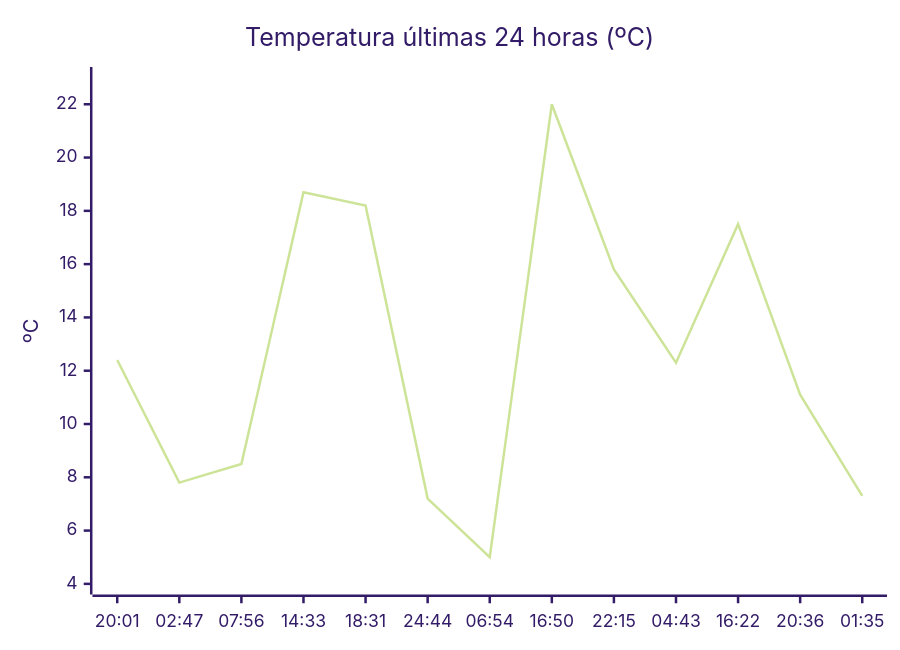
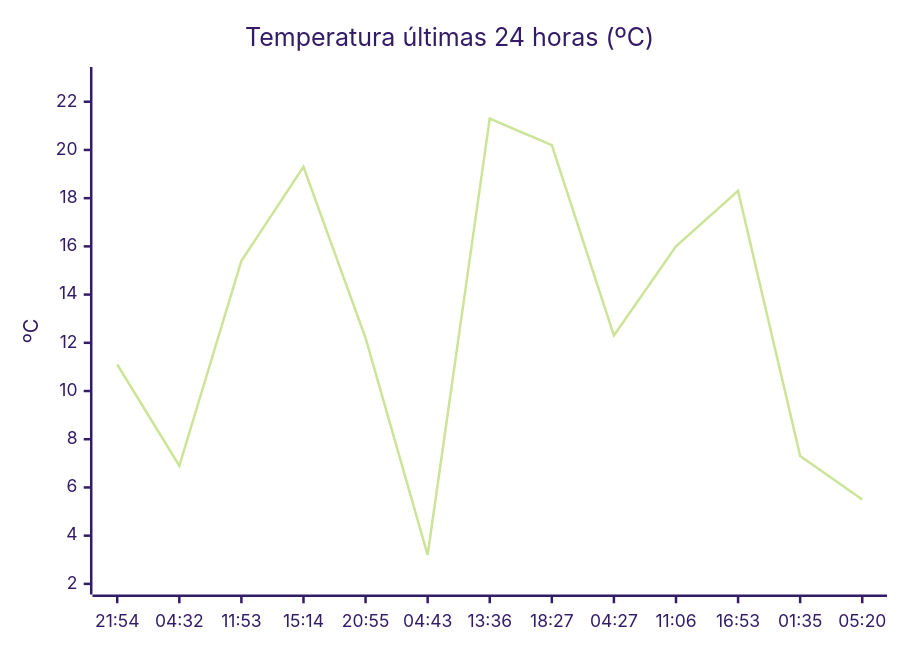
Before and after one commit to solidsnk86/rem-scrap: the diagram in README.md, drawn with Mermaid (forest theme). The commit also changed other lines of this file, not shown here.

````diff
--- a/README.md
+++ b/README.md
@@ -32,7 +32,7 @@
 ```mermaid
 xychart-beta
     title "Temperatura últimas 24 horas (ºC)"
-    x-axis ["20:01", "02:47", "07:56", "14:33", "18:31", "24:44", "06:54", "16:50", "22:15", "04:43", "16:22", "20:36", "01:35"]
-    y-axis "ºC" 4 --> 23
-    line [12.4, 7.8, 8.5, 18.7, 18.2, 7.2, 5, 22, 15.8, 12.3, 17.5, 11.1, 7.3]
+    x-axis ["21:54", "04:32", "11:53", "15:14", "20:55", "04:43", "13:36", "18:27", "04:27", "11:06", "16:53", "01:35", "05:20"]
+    y-axis "ºC" 2 --> 23
+    line [11.1, 6.9, 15.4, 19.3, 12.2, 3.2, 21.3, 20.2, 12.3, 16, 18.3, 7.3, 5.5]
 ```
````
